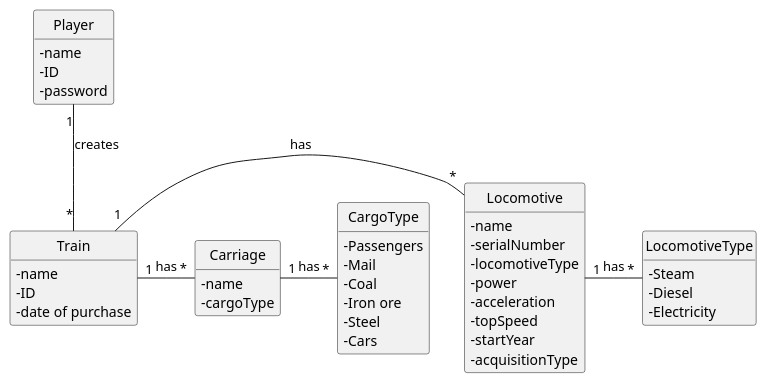
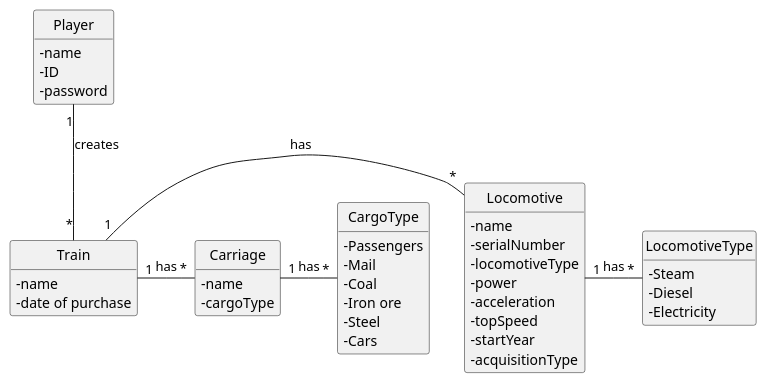
The diagram in docs/sprint2/us009/02.analysis/puml/us009-domain-model.puml (ivasduarte/all-aboard), drawn with PlantUML before and after one commit. The commit also changed 6 other files, not shown here.

Commit message:
US009(docs): corrections on the class diagram

```diff
--- a/docs/sprint2/us009/02.analysis/puml/us009-domain-model.puml
+++ b/docs/sprint2/us009/02.analysis/puml/us009-domain-model.puml
@@ -1,63 +1,62 @@
 @startuml
 skinparam monochrome true
 skinparam packageStyle rectangle
 skinparam shadowing false
 
 'left to right direction
 
 skinparam classAttributeIconSize 0
 
 hide circle
 hide methods
 
 'title Domain Model
 
 class Train{
     - name
-    - ID
     - date of purchase
 }
 class Locomotive {
     - name
     - serialNumber
     - locomotiveType
     - power
     - acceleration
     - topSpeed
     - startYear
     - acquisitionType
 }
 
 enum LocomotiveType{
     - Steam
     - Diesel
     - Electricity
 }
 
 class Carriage{
     - name
     - cargoType
 }
 
 enum CargoType{
     - Passengers
     - Mail
     - Coal
     - Iron ore
     - Steel
     - Cars
 }
 
 class Player {
     - name
     - ID
     - password
 }
 
 Train "1" - "*" Locomotive : has
 Player "1" -- "*" Train : creates
 Locomotive "1" - "*" LocomotiveType : has
 Carriage "1" - "*" CargoType : has
 Train "1" - "*" Carriage : has
 
 @enduml
```
